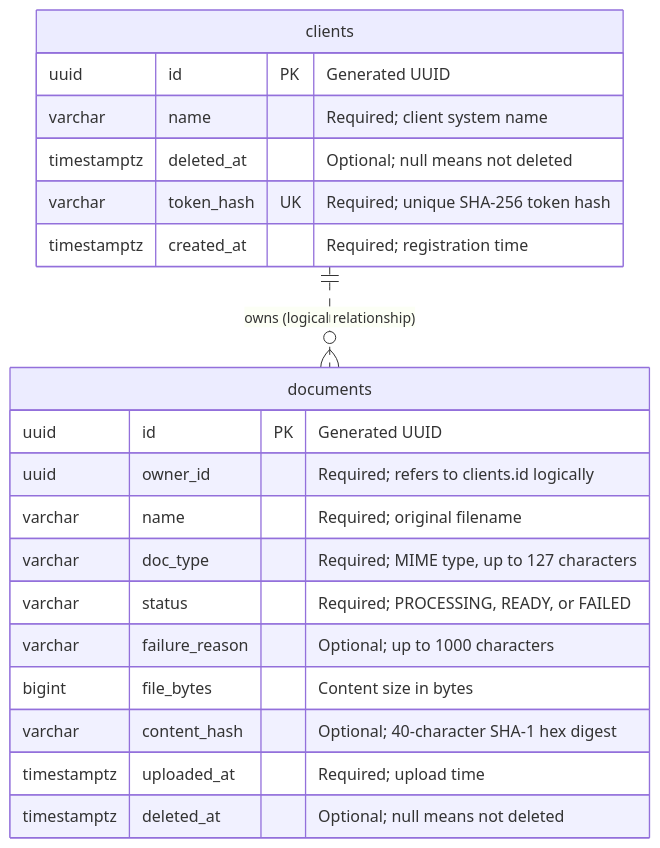
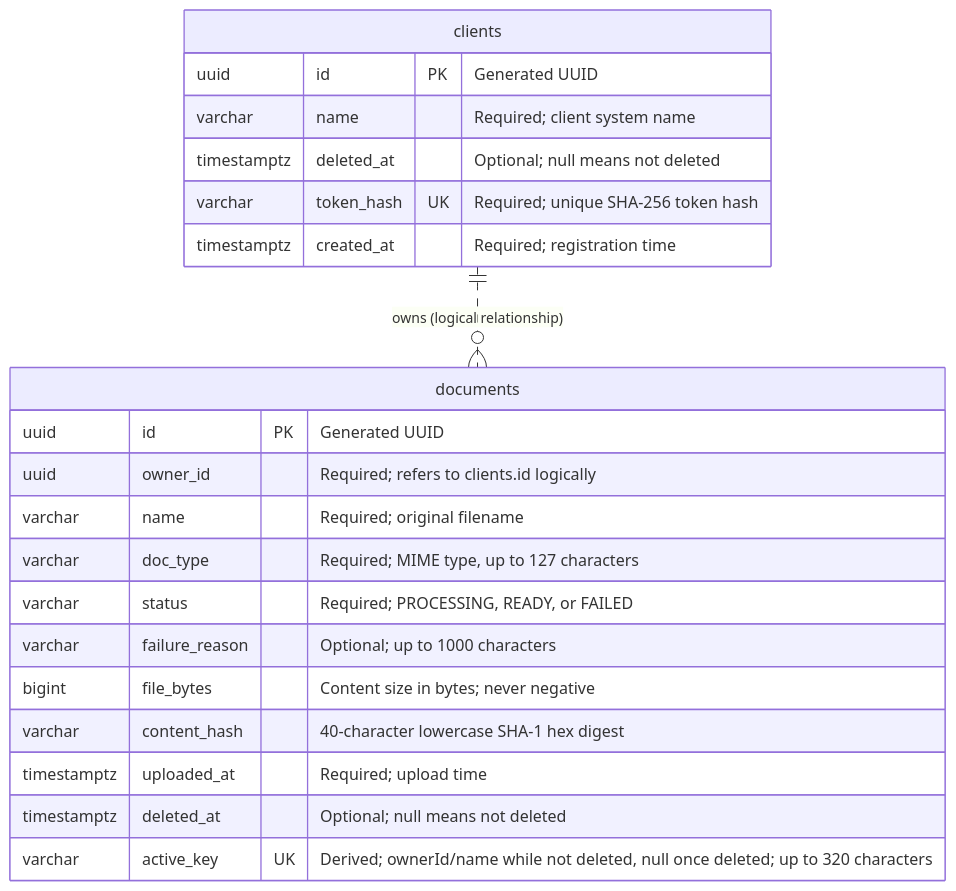
The second of 2 diagrams in README.md (ishan-akhouri/knowledgeDrop), drawn with Mermaid before and after one commit. The commit also changed other lines of this file and 3 other files, not shown here.

````diff
--- a/README.md
+++ b/README.md
@@ -64,25 +64,26 @@
 ```mermaid
 erDiagram
     clients ||..o{ documents : "owns (logical relationship)"
 
     clients {
         uuid id PK "Generated UUID"
         varchar name "Required; client system name"
         timestamptz deleted_at "Optional; null means not deleted"
         varchar token_hash UK "Required; unique SHA-256 token hash"
         timestamptz created_at "Required; registration time"
     }
 
     documents {
         uuid id PK "Generated UUID"
         uuid owner_id "Required; refers to clients.id logically"
         varchar name "Required; original filename"
         varchar doc_type "Required; MIME type, up to 127 characters"
         varchar status "Required; PROCESSING, READY, or FAILED"
         varchar failure_reason "Optional; up to 1000 characters"
-        bigint file_bytes "Content size in bytes"
-        varchar content_hash "Optional; 40-character SHA-1 hex digest"
+        bigint file_bytes "Content size in bytes; never negative"
+        varchar content_hash "40-character lowercase SHA-1 hex digest"
         timestamptz uploaded_at "Required; upload time"
         timestamptz deleted_at "Optional; null means not deleted"
+        varchar active_key UK "Derived; ownerId/name while not deleted, null once deleted; up to 320 characters"
     }
 ```
````
